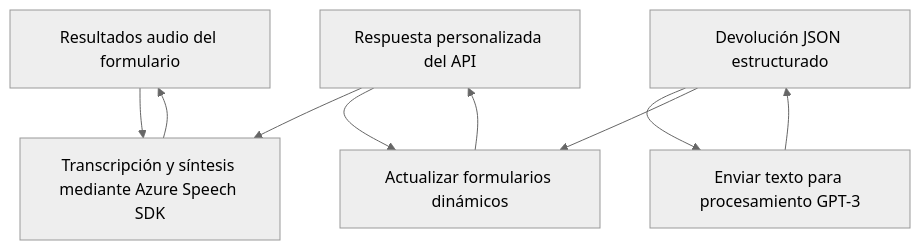
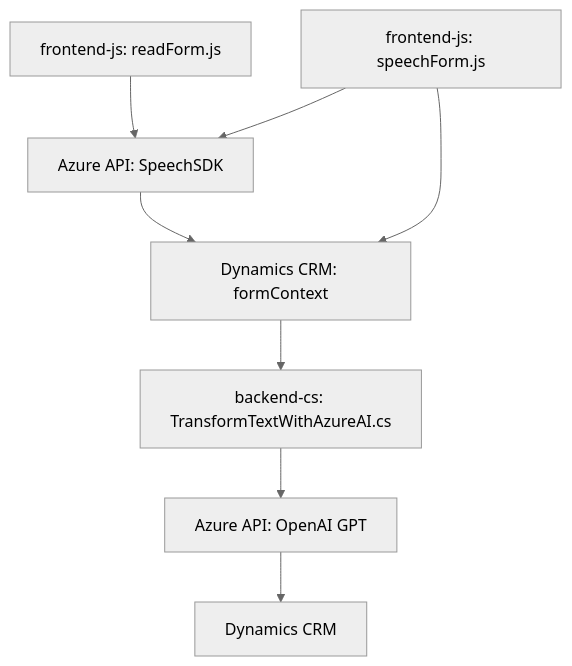
The diagram in README.md (blopezdm/NETCORE_BILBAO2025), drawn with Mermaid (neutral theme) before and after one commit. The commit also changed other lines of this file, not shown here.

Commit message:
Actualizar análisis global de la solución con IA

````diff
--- a/README.md
+++ b/README.md
@@ -43,18 +38,10 @@
 ```mermaid
 graph TD
-    A["Frontend: JS readForm.js"]
-    B["Frontend: JS voiceInputHandler.js"]
-    C["Backend: TransformTextWithAzureAI.cs"]
-    D["Azure Speech SDK"]
-    E["Azure OpenAI service"]
-    F["Dynamics CRM APIs"]
-
-    A-->D["Cargar Azure Speech SDK dinámicamente"]
-    B-->D["Transcripción y síntesis mediante Azure Speech SDK"]
-    B-->F["Call custom Dynamics CRM APIs"]
-    C-->E["Enviar texto para procesamiento GPT-3"]
-    C-->F["Actualizar formularios dinámicos"]
-    E-->C["Devolución JSON estructurado"]
-    D-->A["Resultados audio del formulario"]
-    F-->B["Respuesta personalizada del API"]
+    A["frontend-js: readForm.js"] --> B["Azure API: SpeechSDK"]
+    B --> C["Dynamics CRM: formContext"]
+    D["frontend-js: speechForm.js"] --> B
+    D --> C
+    E["backend-cs: TransformTextWithAzureAI.cs"] --> F["Azure API: OpenAI GPT"]
+    F --> G["Dynamics CRM"]
+    C --> E
 ```
````
